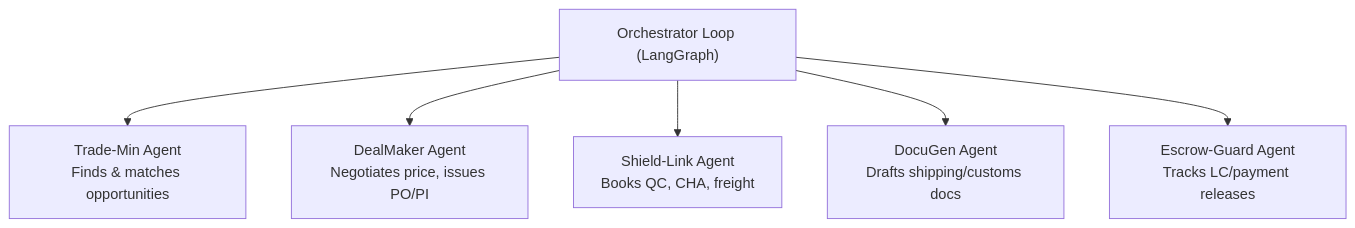
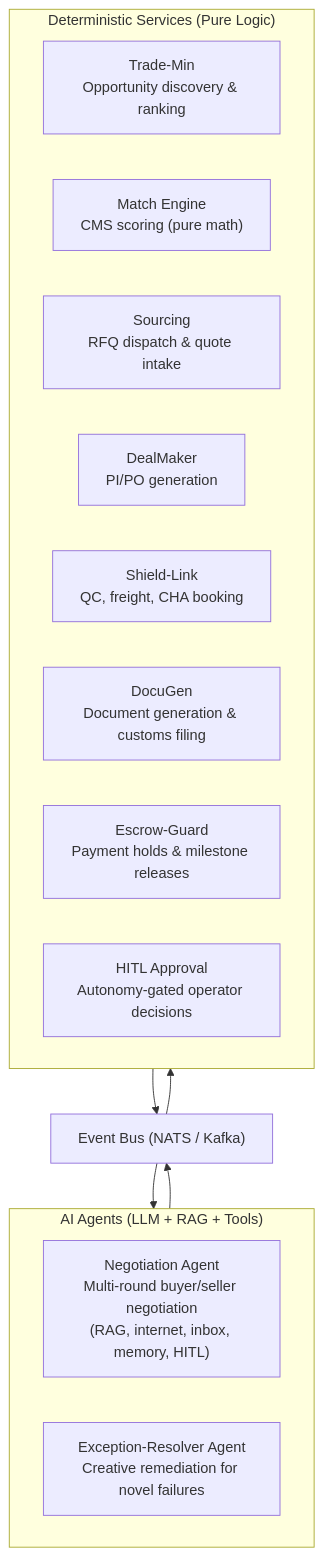
The second of 13 diagrams in needed/portless_master_specification.md (RouteToRich/portless), drawn with Mermaid before and after one commit. The commit also changed other lines of this file and 53 other files, not shown here.

````diff
--- a/needed/portless_master_specification.md
+++ b/needed/portless_master_specification.md
@@ -115,9 +118,25 @@
 ```mermaid
 flowchart TD
-    ORCH["Orchestrator Loop (LangGraph)"]
-    ORCH --> TM["Trade-Min Agent<br/>Finds & matches opportunities"]
-    ORCH --> DM["DealMaker Agent<br/>Negotiates price, issues PO/PI"]
-    ORCH --> SL["Shield-Link Agent<br/>Books QC, CHA, freight"]
-    ORCH --> DG["DocuGen Agent<br/>Drafts shipping/customs docs"]
-    ORCH --> EG["Escrow-Guard Agent<br/>Tracks LC/payment releases"]
+    BUS["Event Bus (NATS / Kafka)"]
+
+    subgraph AGENTS["AI Agents (LLM + RAG + Tools)"]
+        NA["Negotiation Agent<br/>Multi-round buyer/seller negotiation<br/>(RAG, internet, inbox, memory, HITL)"]
+        ER["Exception-Resolver Agent<br/>Creative remediation for novel failures"]
+    end
+
+    subgraph SERVICES["Deterministic Services (Pure Logic)"]
+        TM["Trade-Min<br/>Opportunity discovery & ranking"]
+        ME["Match Engine<br/>CMS scoring (pure math)"]
+        SO["Sourcing<br/>RFQ dispatch & quote intake"]
+        DM["DealMaker<br/>PI/PO generation"]
+        SL["Shield-Link<br/>QC, freight, CHA booking"]
+        DG["DocuGen<br/>Document generation & customs filing"]
+        EG["Escrow-Guard<br/>Payment holds & milestone releases"]
+        HITL["HITL Approval<br/>Autonomy-gated operator decisions"]
+    end
+
+    BUS --> AGENTS
+    BUS --> SERVICES
+    AGENTS --> BUS
+    SERVICES --> BUS
 ```
````
